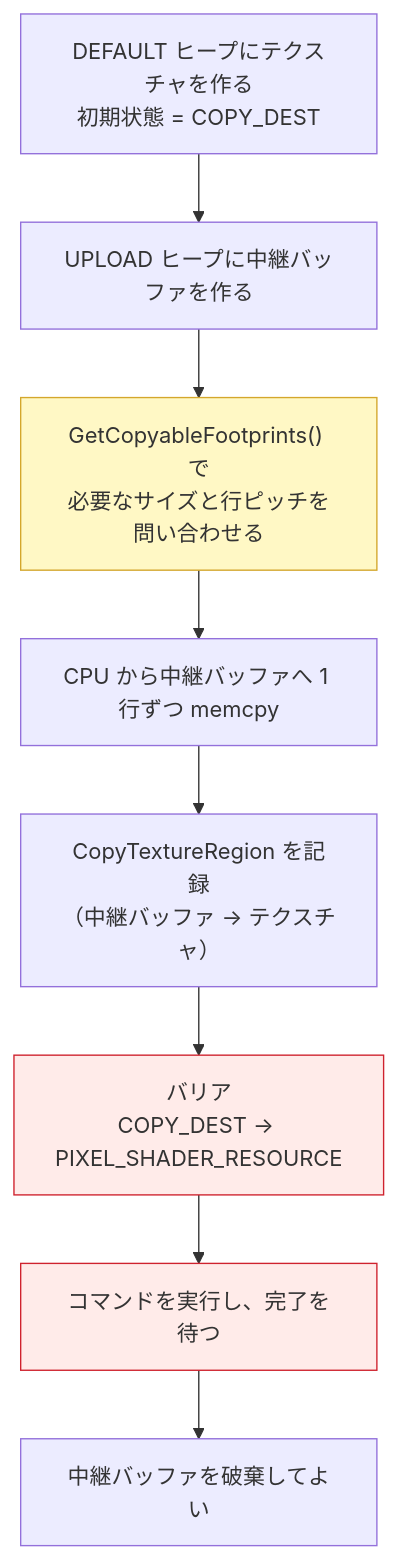
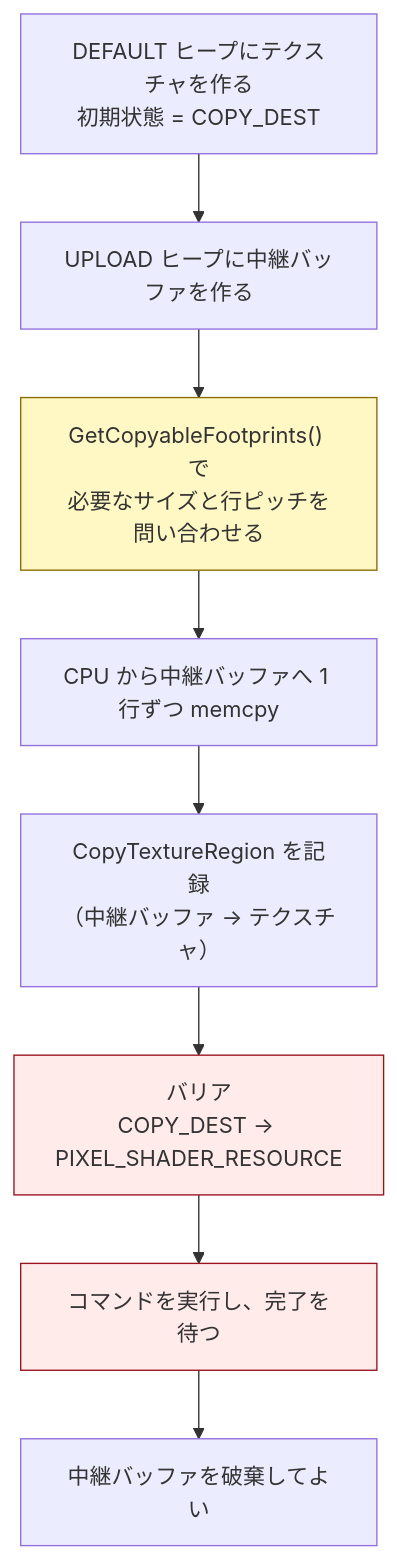
Before and after one commit to Tomonorarari-Think/DirectX12Dev: the diagram in docs/tutorial/09_テクスチャを貼る.md, drawn with Mermaid. The commit also changed 24 other files, not shown here.

First line of the commit message:
fix: 図の配色を見直し、コントラスト比を 7:1 以上に引き上げる

````diff
--- a/docs/tutorial/09_テクスチャを貼る.md
+++ b/docs/tutorial/09_テクスチャを貼る.md
@@ -43,14 +43,14 @@
 ```mermaid
 flowchart TD
     A["DEFAULT ヒープにテクスチャを作る<br/>初期状態 = COPY_DEST"] --> B["UPLOAD ヒープに中継バッファを作る"]
     B --> C["GetCopyableFootprints() で<br/>必要なサイズと行ピッチを問い合わせる"]
     C --> D["CPU から中継バッファへ 1 行ずつ memcpy"]
     D --> E["CopyTextureRegion を記録<br/>（中継バッファ → テクスチャ）"]
     E --> F["バリア<br/>COPY_DEST → PIXEL_SHADER_RESOURCE"]
     F --> G["コマンドを実行し、完了を待つ"]
     G --> H["中継バッファを破棄してよい"]
 
-    style C fill:#fff8c5,stroke:#d4a72c
-    style F fill:#ffebe9,stroke:#cf222e
-    style G fill:#ffebe9,stroke:#cf222e
+    style C fill:#fff8c5,stroke:#8a6d00
+    style F fill:#ffebe9,stroke:#9a1420
+    style G fill:#ffebe9,stroke:#9a1420
 ```
````
